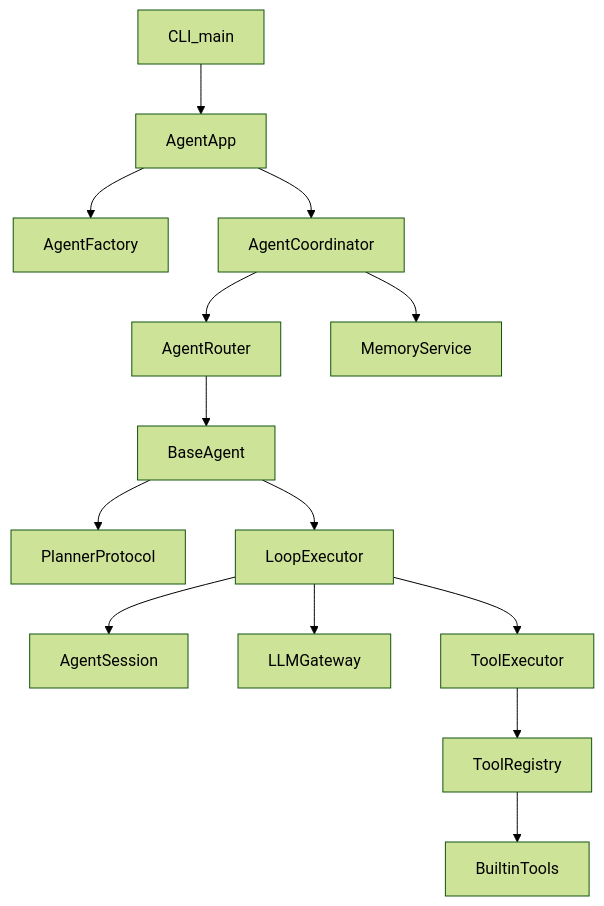
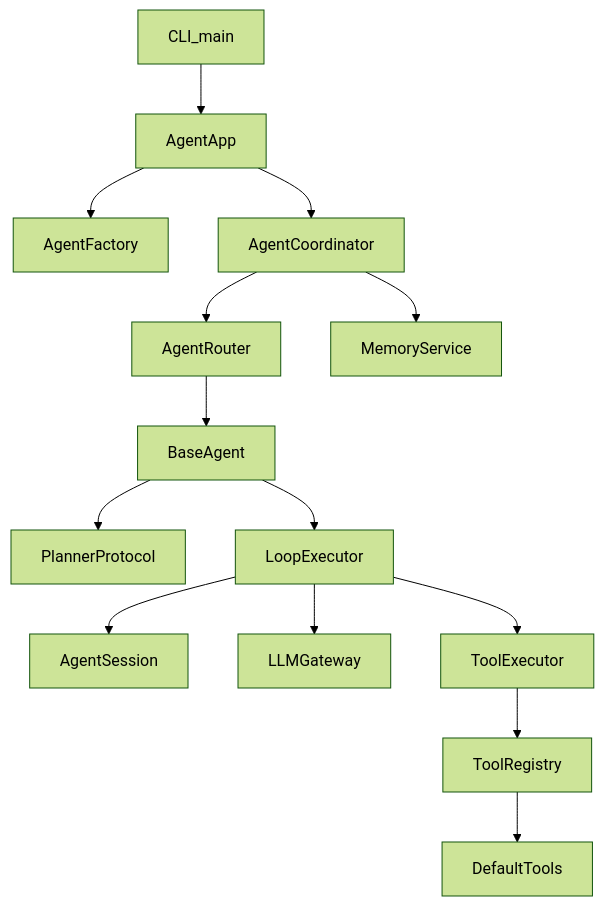
One commit to breakman99/Jarvis changed the first of 2 diagrams in docs/ARCHITECTURE.md. Above: the diagram before and after it, drawn with Mermaid (forest theme). The commit also changed other lines of this file and 79 other files, not shown here.

````diff
--- a/docs/ARCHITECTURE.md
+++ b/docs/ARCHITECTURE.md
@@ -18,16 +18,16 @@
 ```mermaid
 flowchart TD
     cli[CLI_main] --> app[AgentApp]
     app --> factory[AgentFactory]
     app --> coordinator[AgentCoordinator]
     coordinator --> router[AgentRouter]
     router --> baseAgent[BaseAgent]
     baseAgent --> planner[PlannerProtocol]
     baseAgent --> loopExecutor[LoopExecutor]
     loopExecutor --> session[AgentSession]
     coordinator --> memory[MemoryService]
     loopExecutor --> llm[LLMGateway]
     loopExecutor --> executor[ToolExecutor]
     executor --> registry[ToolRegistry]
-    registry --> builtin[BuiltinTools]
+    registry --> defaults[DefaultTools]
 ```
````
